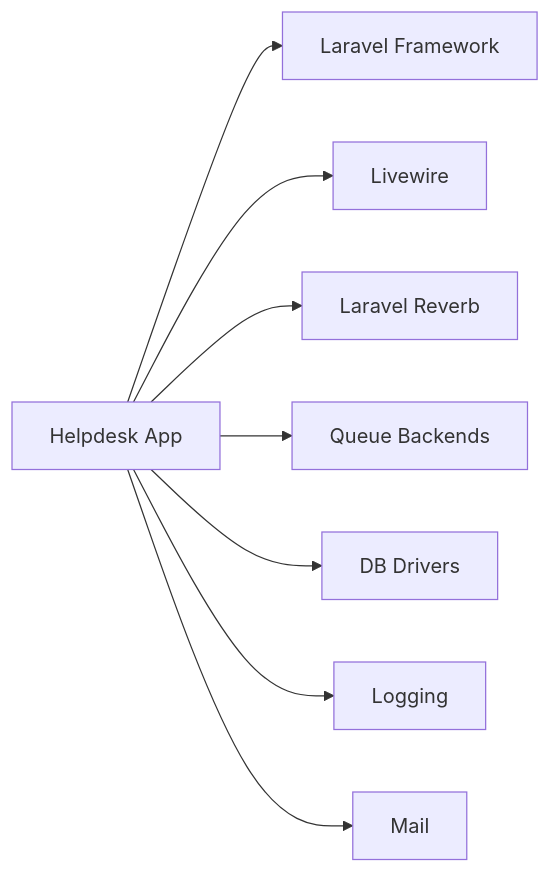
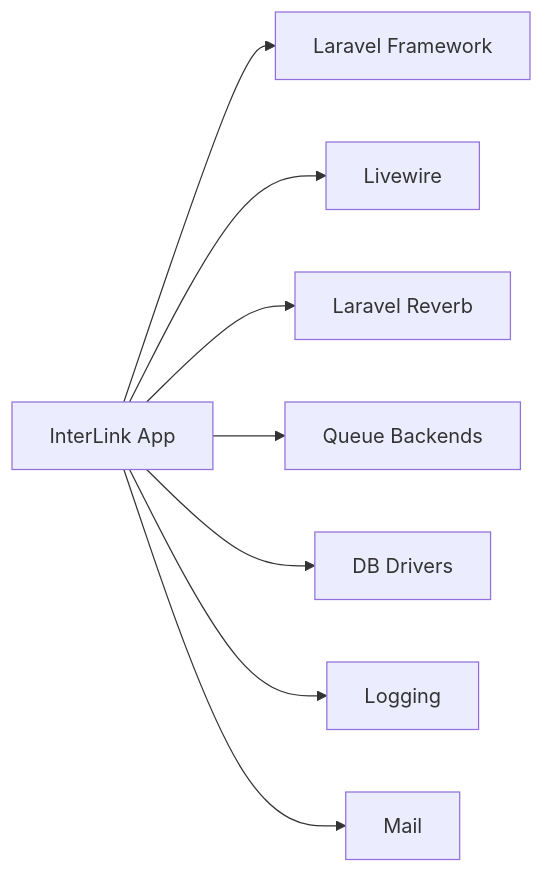
One commit to younesgamer68/Internship-management-Platforme changed the eighth of 8 diagrams in .qoder/repowiki/en/content/Deployment & Operations/Deployment & Operations.md. Above: the diagram before and after it, drawn with Mermaid. The commit also changed other lines of this file and 175 other files, not shown here.

````diff
--- a/.qoder/repowiki/en/content/Deployment & Operations/Deployment & Operations.md
+++ b/.qoder/repowiki/en/content/Deployment & Operations/Deployment & Operations.md
@@ -399,18 +399,18 @@
 ```mermaid
 graph LR
-APP["Helpdesk App"]
+APP["InterLink App"]
 FW["Laravel Framework"]
 LW["Livewire"]
 RV["Laravel Reverb"]
 Q["Queue Backends"]
 DB["DB Drivers"]
 LOG["Logging"]
 MAIL["Mail"]
 APP --> FW
 APP --> LW
 APP --> RV
 APP --> Q
 APP --> DB
 APP --> LOG
 APP --> MAIL
 ```
````
